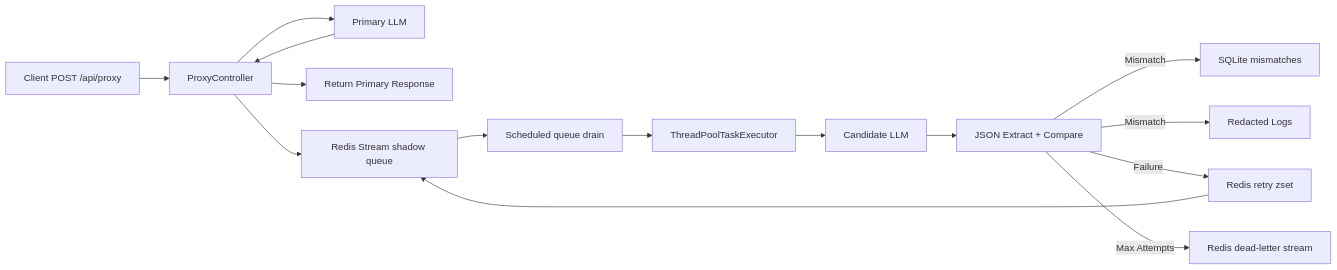
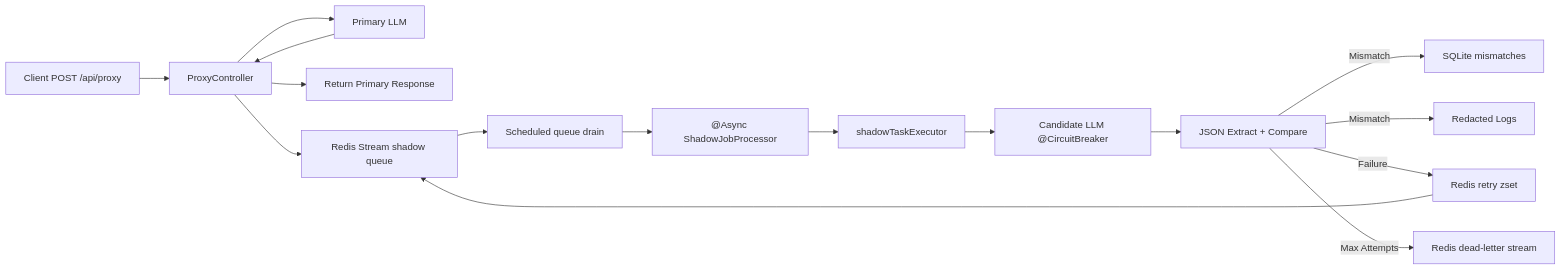
One commit to Abhispy007/gpt changed the diagram in README.md. Above: the diagram before and after it, drawn with Mermaid. The commit also changed other lines of this file and 26 other files, not shown here.

````diff
--- a/README.md
+++ b/README.md
@@ -9,18 +9,19 @@
 ```mermaid
 flowchart LR
   Client["Client POST /api/proxy"] --> Proxy["ProxyController"]
   Proxy --> Primary["Primary LLM"]
   Primary --> Proxy
   Proxy --> Response["Return Primary Response"]
 
   Proxy --> Queue["Redis Stream shadow queue"]
   Queue --> Worker["Scheduled queue drain"]
-  Worker --> Executor["ThreadPoolTaskExecutor"]
-  Executor --> Candidate["Candidate LLM"]
+  Worker --> Async["@Async ShadowJobProcessor"]
+  Async --> Executor["shadowTaskExecutor"]
+  Executor --> Candidate["Candidate LLM @CircuitBreaker"]
   Candidate --> Compare["JSON Extract + Compare"]
   Compare -->|Mismatch| Store["SQLite mismatches"]
   Compare -->|Mismatch| Logs["Redacted Logs"]
   Compare -->|Failure| Retry["Redis retry zset"]
   Retry --> Queue
   Compare -->|Max Attempts| DLQ["Redis dead-letter stream"]
 ```
````
